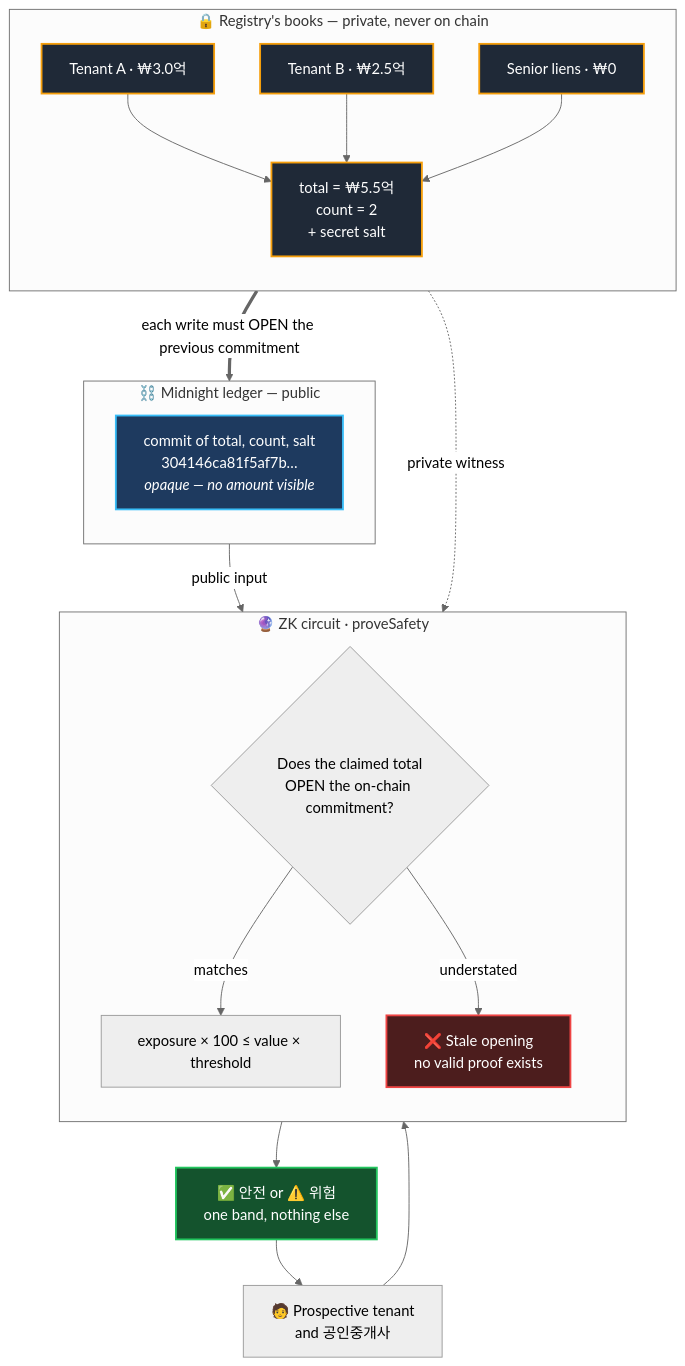
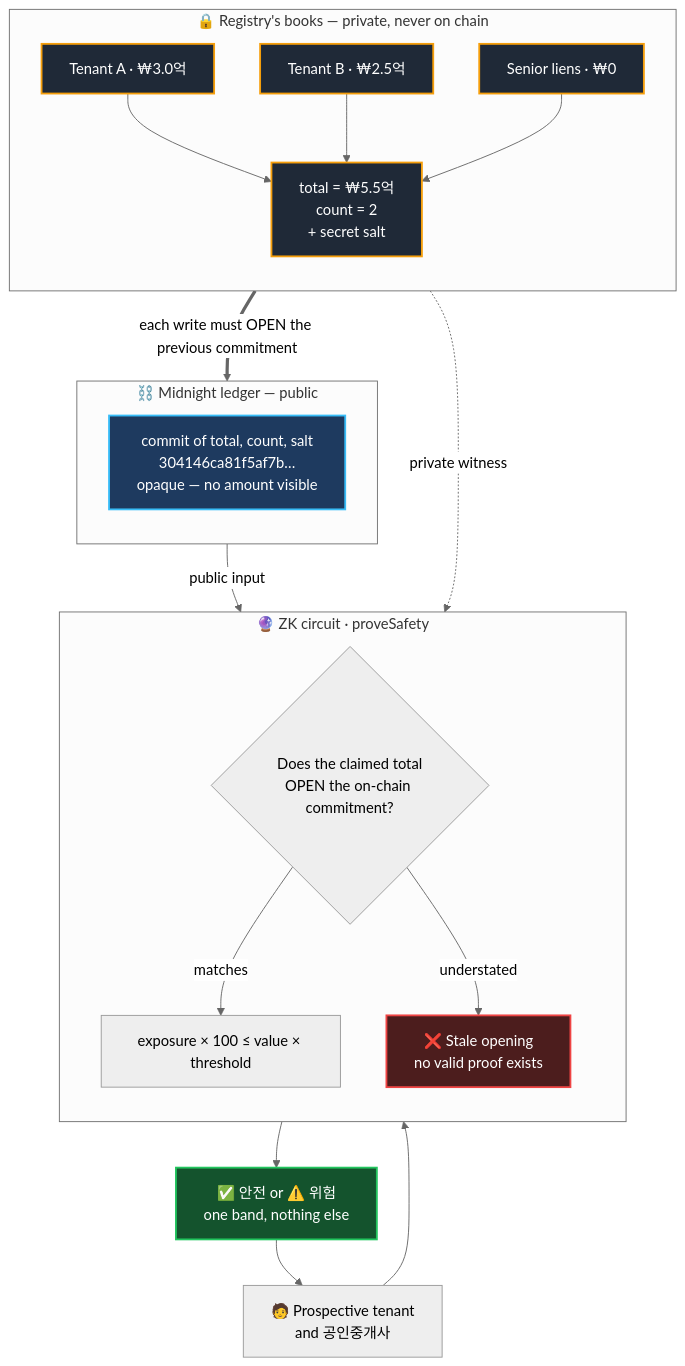
One commit to MJ-Jinx/waterline changed the first of 2 diagrams in README.md. Above: the diagram before and after it, drawn with Mermaid (neutral theme). The commit also changed 1 other file, not shown here.

Commit message:
Harden README diagram and normalise line endings
Drop <i> tags from the Mermaid node label: GitHub renders raw HTML literally
when htmlLabels is disabled, so the italics would have shown as tag text.
<br/> is handled specially and is safe to keep.

````diff
--- a/README.md
+++ b/README.md
@@ -37,46 +37,46 @@
 ```mermaid
 flowchart TB
     subgraph PRIV["🔒 Registry's books — private, never on chain"]
         direction TB
         LA["Tenant A · ₩3.0억"]
         LB["Tenant B · ₩2.5억"]
         LI["Senior liens · ₩0"]
         TOT["total = ₩5.5억<br/>count = 2<br/>+ secret salt"]
     end
 
     subgraph CH["⛓️ Midnight ledger — public"]
         direction TB
-        COM["commit of total, count, salt<br/>304146ca81f5af7b…<br/><i>opaque — no amount visible</i>"]
+        COM["commit of total, count, salt<br/>304146ca81f5af7b…<br/>opaque — no amount visible"]
     end
 
     subgraph ZK["🔮 ZK circuit · proveSafety"]
         direction TB
         OPEN{"Does the claimed total<br/>OPEN the on-chain commitment?"}
         LOAD["exposure × 100 ≤ value × threshold"]
         FAIL["❌ Stale opening<br/>no valid proof exists"]
     end
 
     ASK["🧑 Prospective tenant<br/>and 공인중개사"]
     OUT["✅ 안전 or ⚠️ 위험<br/>one band, nothing else"]
 
     LA --> TOT
     LB --> TOT
     LI --> TOT
     TOT ==>|"each write must OPEN the previous commitment"| COM
     TOT -.->|"private witness"| OPEN
     COM -->|"public input"| OPEN
     OPEN -->|"matches"| LOAD
     OPEN -->|"understated"| FAIL
     LOAD --> OUT
     ASK --> OPEN
     OUT --> ASK
 
     classDef priv fill:#1f2937,stroke:#f59e0b,stroke-width:2px,color:#fff
     classDef pub fill:#1e3a5f,stroke:#38bdf8,stroke-width:2px,color:#fff
     classDef bad fill:#4c1d1d,stroke:#ef4444,stroke-width:2px,color:#fff
     classDef good fill:#14532d,stroke:#22c55e,stroke-width:2px,color:#fff
     class LA,LB,LI,TOT priv
     class COM pub
     class FAIL bad
     class OUT good
 ```
````
